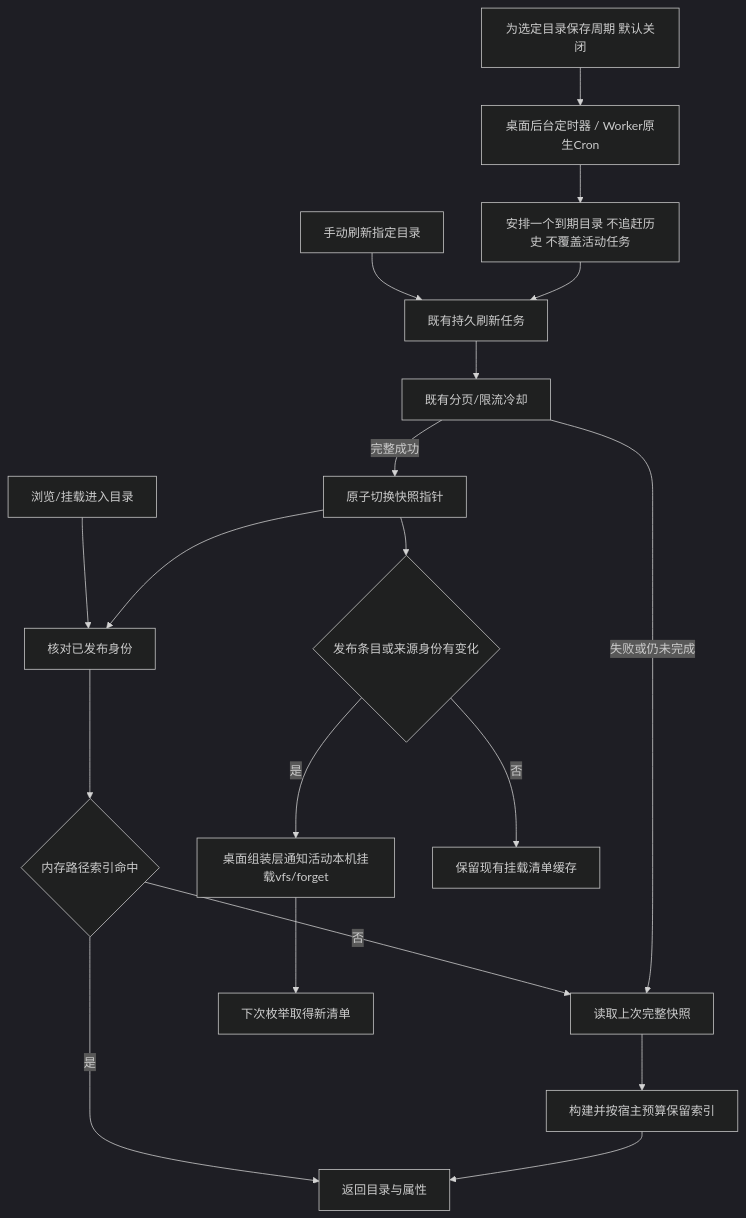
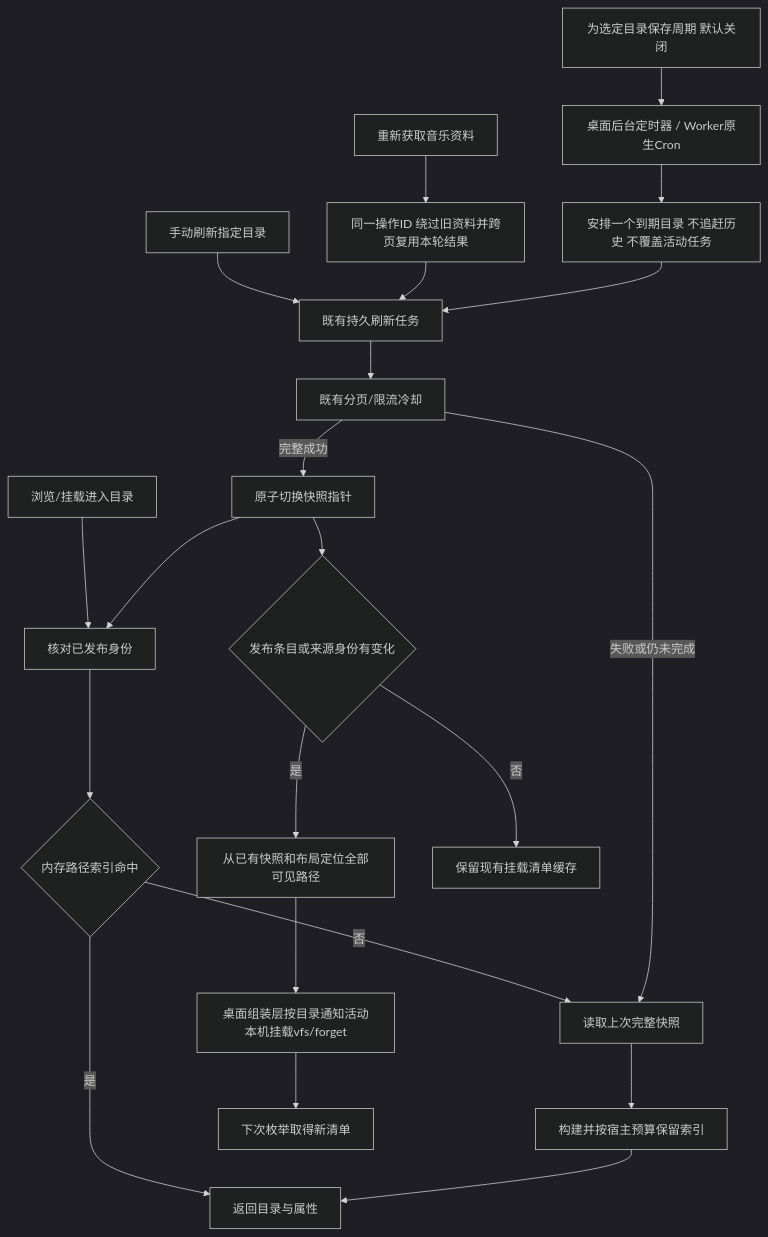
One commit to shengyusi-SYS/musicfs changed the diagram in docs/architecture/cache-policy.md. Above: the diagram before and after it, drawn with Mermaid (dark theme). The commit also changed other lines of this file and 57 other files, not shown here.

````diff
--- a/docs/architecture/cache-policy.md
+++ b/docs/architecture/cache-policy.md
@@ -21,21 +21,24 @@
 ```mermaid
 flowchart TD
   Browse[浏览/挂载进入目录] --> Identity[核对已发布身份]
   Identity --> Index{内存路径索引命中}
   Index -->|是| Names[返回目录与属性]
   Index -->|否| Cached[读取上次完整快照]
   Cached --> Build[构建并按宿主预算保留索引]
   Build --> Names
   Manual[手动刷新指定目录] --> Queue[既有持久刷新任务]
+  Metadata[重新获取音乐资料] --> Intent[同一操作ID 绕过旧资料并跨页复用本轮结果]
+  Intent --> Queue
   Policy[为选定目录保存周期 默认关闭] --> Timer[桌面后台定时器 / Worker原生Cron]
   Timer --> Due[安排一个到期目录 不追赶历史 不覆盖活动任务]
   Due --> Queue
   Queue --> Pages[既有分页/限流冷却]
   Pages -->|失败或仍未完成| Cached
   Pages -->|完整成功| Publish[原子切换快照指针]
   Publish --> Identity
   Publish --> Changed{发布条目或来源身份有变化}
-  Changed -->|是| Local[桌面组装层通知活动本机挂载vfs/forget]
+  Changed -->|是| Paths[从已有快照和布局定位全部可见路径]
+  Paths --> Local[桌面组装层按目录通知活动本机挂载vfs/forget]
   Changed -->|否| Retain[保留现有挂载清单缓存]
   Local --> Fresh[下次枚举取得新清单]
 ```
````
